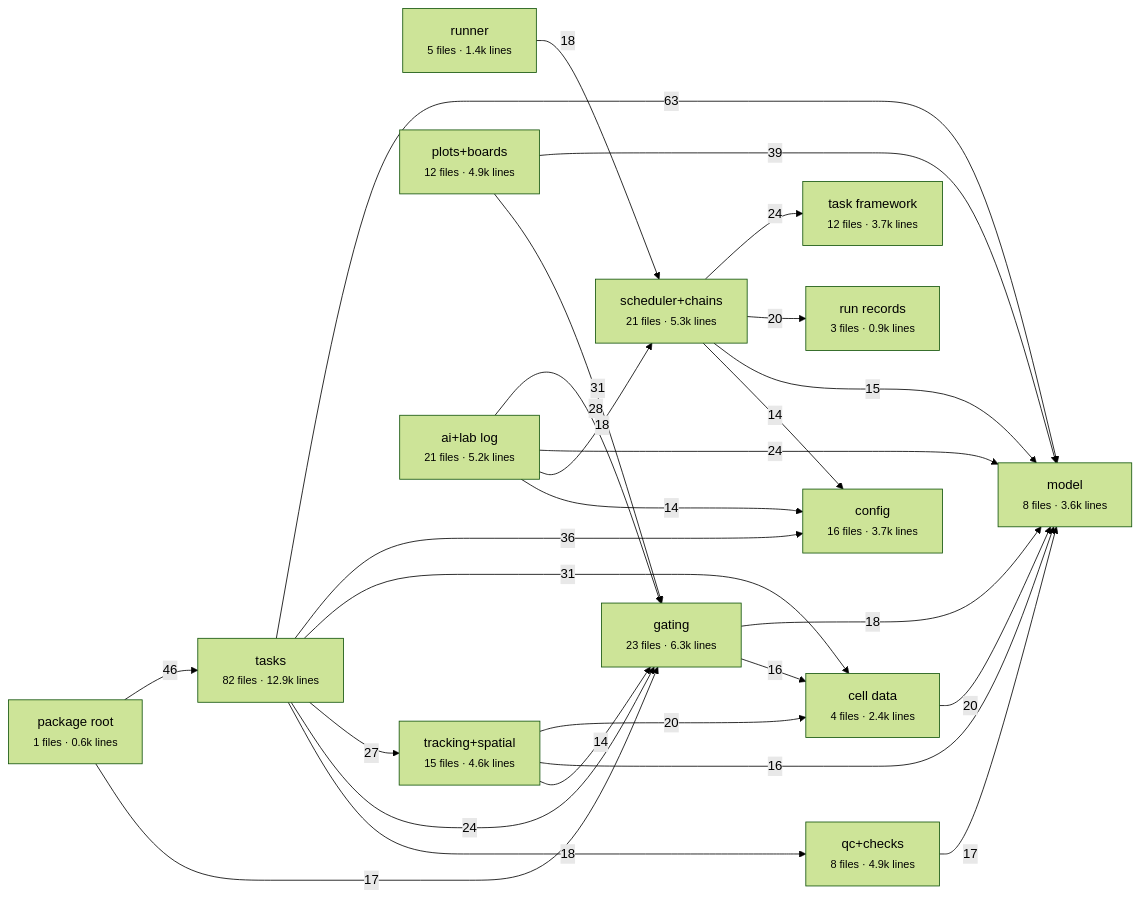
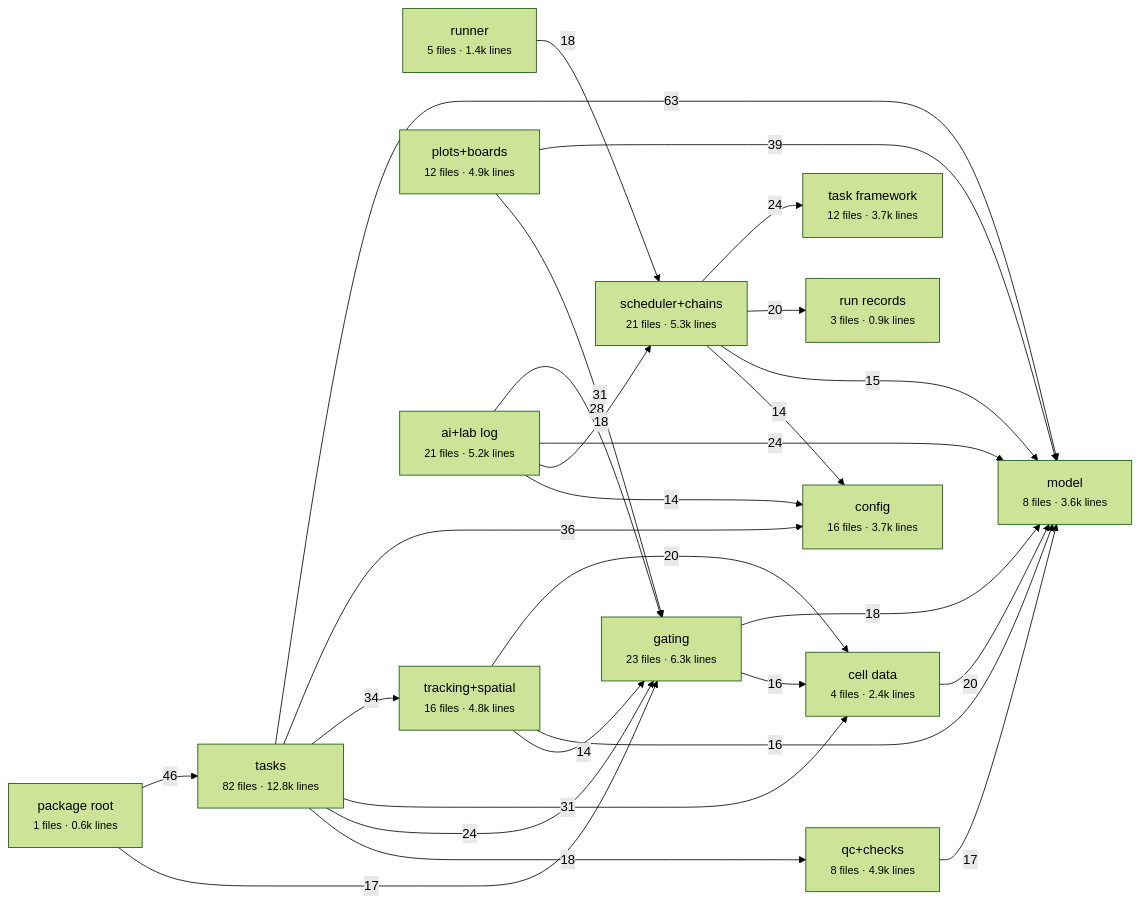
One commit to schienstockd/cecelia changed the first of 2 diagrams in docs/architecture/julia/areas.md. Above: the diagram before and after it, drawn with Mermaid (forest theme). The commit also changed other lines of this file and 20 other files, not shown here.

````diff
--- a/docs/architecture/julia/areas.md
+++ b/docs/architecture/julia/areas.md
@@ -17,43 +17,43 @@
 ```mermaid
 flowchart LR
   model["model<br/><small>8 files · 3.6k lines</small>"]
   config["config<br/><small>16 files · 3.7k lines</small>"]
   run_records["run records<br/><small>3 files · 0.9k lines</small>"]
   scheduler_chains["scheduler+chains<br/><small>21 files · 5.3k lines</small>"]
   task_framework["task framework<br/><small>12 files · 3.7k lines</small>"]
-  tasks["tasks<br/><small>82 files · 12.9k lines</small>"]
+  tasks["tasks<br/><small>82 files · 12.8k lines</small>"]
   runner["runner<br/><small>5 files · 1.4k lines</small>"]
   cell_data["cell data<br/><small>4 files · 2.4k lines</small>"]
   gating["gating<br/><small>23 files · 6.3k lines</small>"]
-  tracking_spatial["tracking+spatial<br/><small>15 files · 4.6k lines</small>"]
+  tracking_spatial["tracking+spatial<br/><small>16 files · 4.8k lines</small>"]
   qc_checks["qc+checks<br/><small>8 files · 4.9k lines</small>"]
   plots_boards["plots+boards<br/><small>12 files · 4.9k lines</small>"]
   ai_lab_log["ai+lab log<br/><small>21 files · 5.2k lines</small>"]
   package_root["package root<br/><small>1 files · 0.6k lines</small>"]
   tasks -->|63| model
   package_root -->|46| tasks
   plots_boards -->|39| model
   tasks -->|36| config
+  tasks -->|34| tracking_spatial
   plots_boards -->|31| gating
   tasks -->|31| cell_data
   ai_lab_log -->|28| gating
-  tasks -->|27| tracking_spatial
   ai_lab_log -->|24| model
   scheduler_chains -->|24| task_framework
   tasks -->|24| gating
   cell_data -->|20| model
   scheduler_chains -->|20| run_records
   tracking_spatial -->|20| cell_data
   ai_lab_log -->|18| scheduler_chains
   gating -->|18| model
   runner -->|18| scheduler_chains
   tasks -->|18| qc_checks
   package_root -->|17| gating
   qc_checks -->|17| model
   gating -->|16| cell_data
   tracking_spatial -->|16| model
   scheduler_chains -->|15| model
   ai_lab_log -->|14| config
   scheduler_chains -->|14| config
   tracking_spatial -->|14| gating
 ```
````
